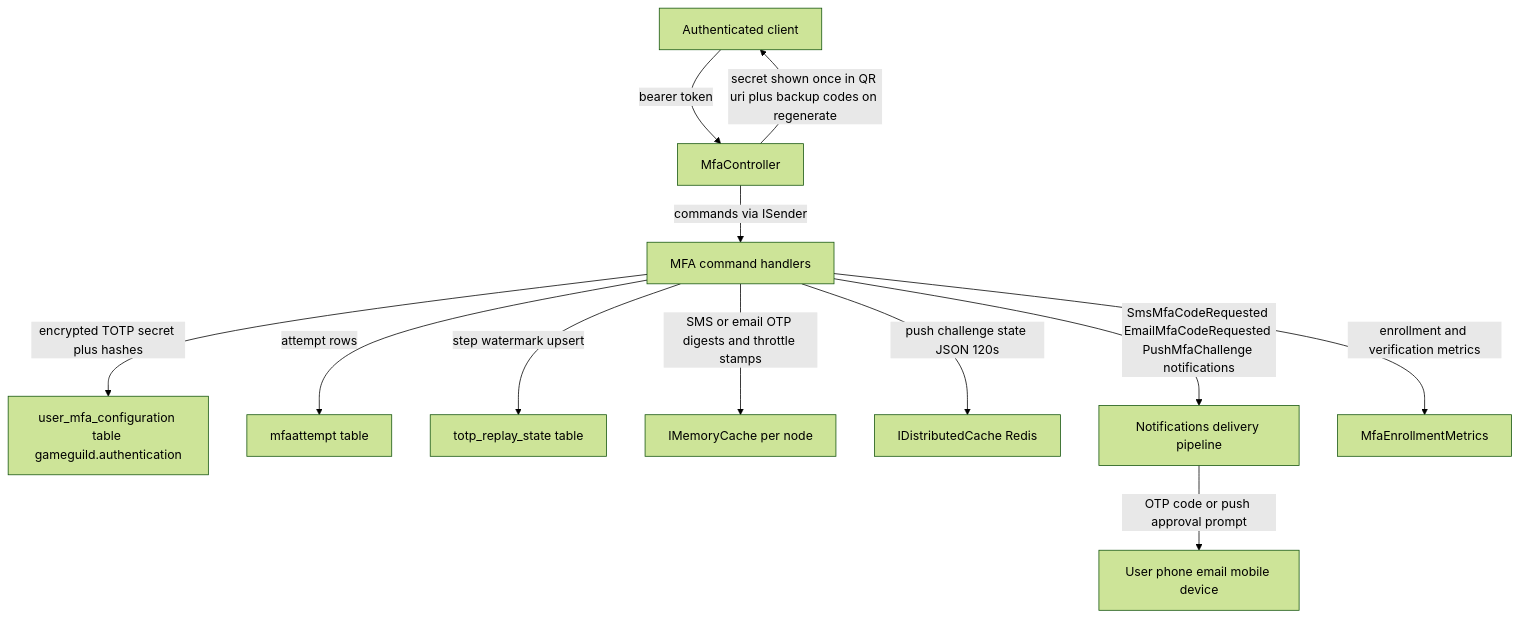
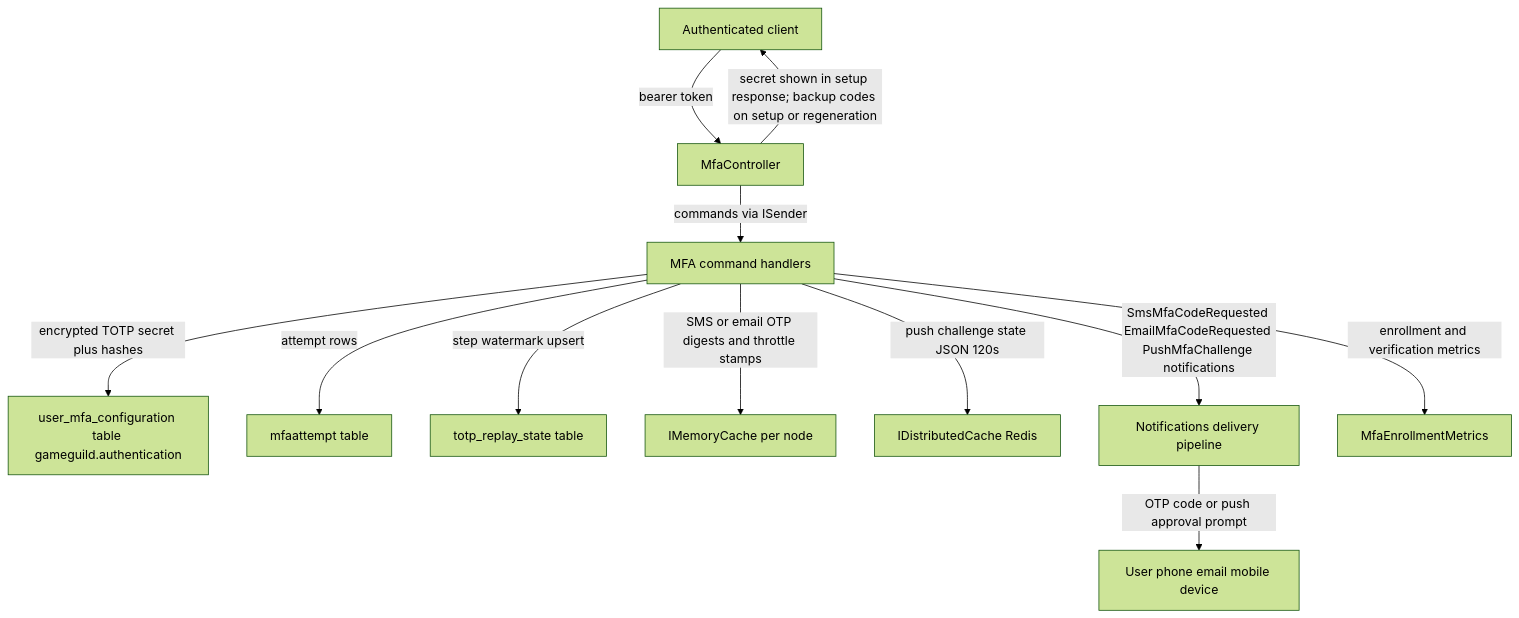
The third of 3 diagrams in docs/auth/flows/mfa-enrollment-flow.md (gameguild-gg/gameguild), drawn with Mermaid (forest theme) before and after one commit. The commit also changed other lines of this file and 12 other files, not shown here.

````diff
--- a/docs/auth/flows/mfa-enrollment-flow.md
+++ b/docs/auth/flows/mfa-enrollment-flow.md
@@ -178,14 +178,14 @@
 ```mermaid
 flowchart TD
     DF1["Authenticated client"] -->|"bearer token"| DF2["MfaController"]
     DF2 -->|"commands via ISender"| DF3["MFA command handlers"]
     DF3 -->|"encrypted TOTP secret plus hashes"| DF4["user_mfa_configuration table gameguild.authentication"]
     DF3 -->|"attempt rows"| DF5["mfaattempt table"]
     DF3 -->|"step watermark upsert"| DF6["totp_replay_state table"]
     DF3 -->|"SMS or email OTP digests and throttle stamps"| DF7["IMemoryCache per node"]
     DF3 -->|"push challenge state JSON 120s"| DF8["IDistributedCache Redis"]
     DF3 -->|"SmsMfaCodeRequested EmailMfaCodeRequested PushMfaChallenge notifications"| DF9["Notifications delivery pipeline"]
     DF9 -->|"OTP code or push approval prompt"| DF10["User phone email mobile device"]
-    DF2 -->|"secret shown once in QR uri plus backup codes on regenerate"| DF1
+    DF2 -->|"secret shown in setup response; backup codes on setup or regeneration"| DF1
     DF3 -->|"enrollment and verification metrics"| DF11["MfaEnrollmentMetrics"]
 ```
````
